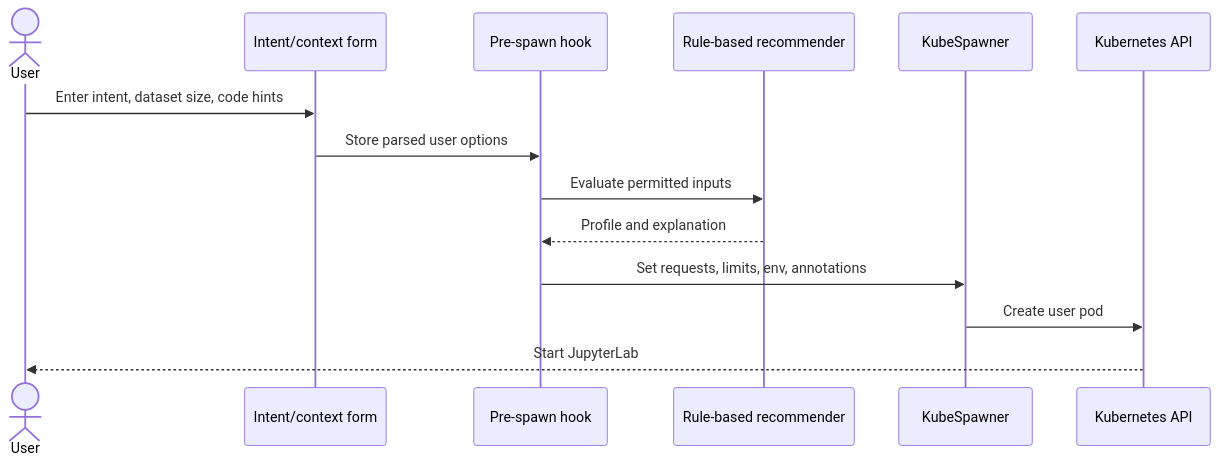
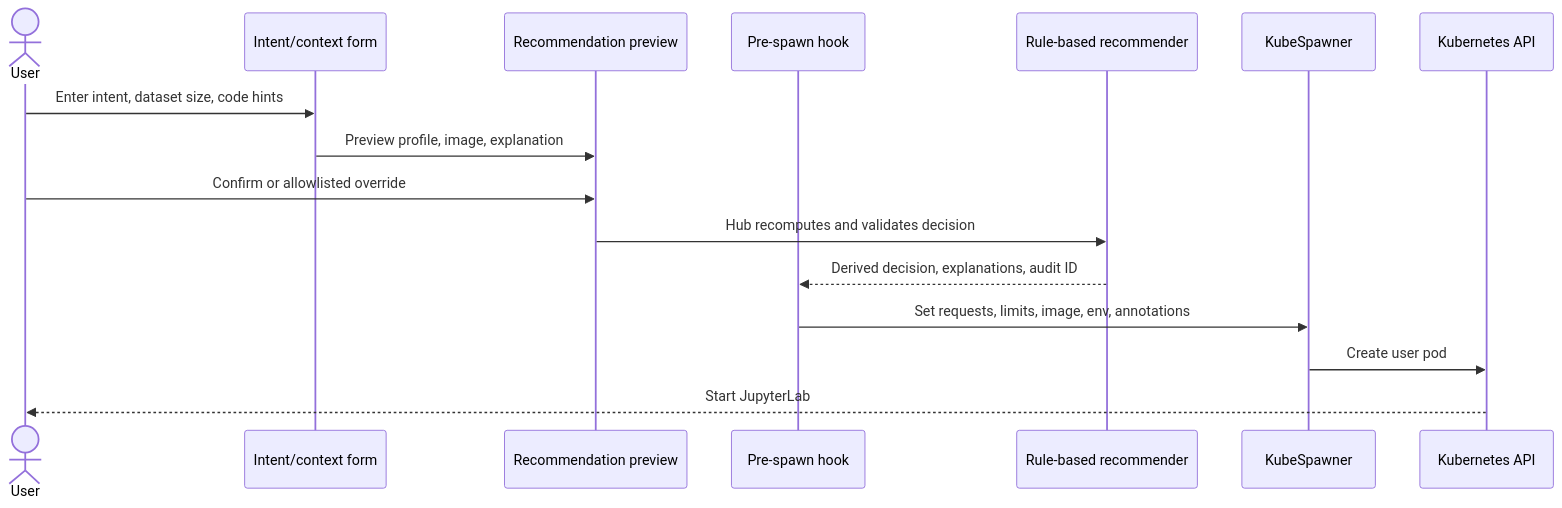
The third of 5 diagrams in docs/ARCHITECTURE.md (mthang1201/intent-spawner), drawn with Mermaid before and after one commit. The commit also changed other lines of this file and 17 other files, not shown here.

````diff
--- a/docs/ARCHITECTURE.md
+++ b/docs/ARCHITECTURE.md
@@ -123,17 +128,19 @@
 ```mermaid
 sequenceDiagram
     actor User
     participant Form as Intent/context form
+    participant Preview as Recommendation preview
     participant Hook as Pre-spawn hook
     participant Rules as Rule-based recommender
     participant Spawner as KubeSpawner
     participant API as Kubernetes API
 
     User->>Form: Enter intent, dataset size, code hints
-    Form->>Hook: Store parsed user options
-    Hook->>Rules: Evaluate permitted inputs
-    Rules-->>Hook: Profile and explanation
-    Hook->>Spawner: Set requests, limits, env, annotations
+    Form->>Preview: Preview profile, image, explanation
+    User->>Preview: Confirm or allowlisted override
+    Preview->>Rules: Hub recomputes and validates decision
+    Rules-->>Hook: Derived decision, explanations, audit ID
+    Hook->>Spawner: Set requests, limits, image, env, annotations
     Spawner->>API: Create user pod
     API-->>User: Start JupyterLab
 ```
````
